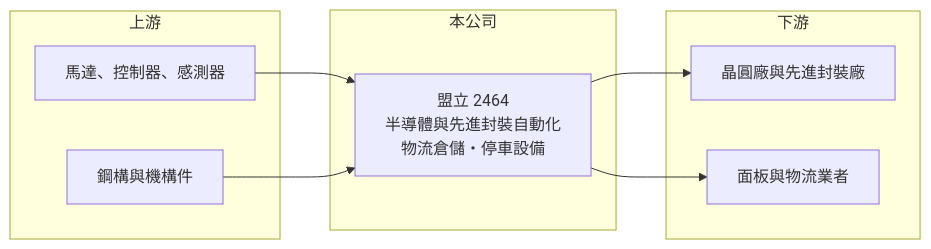
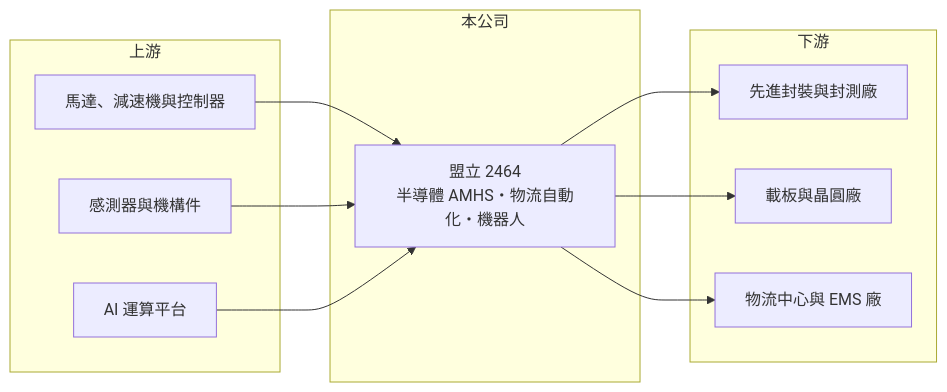
One commit to wangnick1004/taiwan-stock-vault changed the second of 2 diagrams in 個股/台股/2464盟立.md. Above: the diagram before and after it, drawn with Mermaid. The commit also changed other lines of this file and 10 other files, not shown here.

````diff
--- a/個股/台股/2464盟立.md
+++ b/個股/台股/2464盟立.md
@@ -89,18 +109,22 @@
 ```mermaid
 flowchart LR
     subgraph 上游
-        A1["馬達、控制器、感測器"]
-        A2["鋼構與機構件"]
+        A1[馬達、減速機與控制器]
+        A2[感測器與機構件]
+        A3[AI 運算平台]
     end
     subgraph 本公司
-        B["盟立 2464<br/>半導體與先進封裝自動化<br/>物流倉儲・停車設備"]
+        B[盟立 2464<br/>半導體 AMHS・物流自動化・機器人]
     end
     subgraph 下游
-        C1["晶圓廠與先進封裝廠"]
-        C2["面板與物流業者"]
+        C1[先進封裝與封測廠]
+        C2[載板與晶圓廠]
+        C3[物流中心與 EMS 廠]
     end
     A1 --> B
     A2 --> B
+    A3 --> B
     B --> C1
     B --> C2
+    B --> C3
 ```
````
